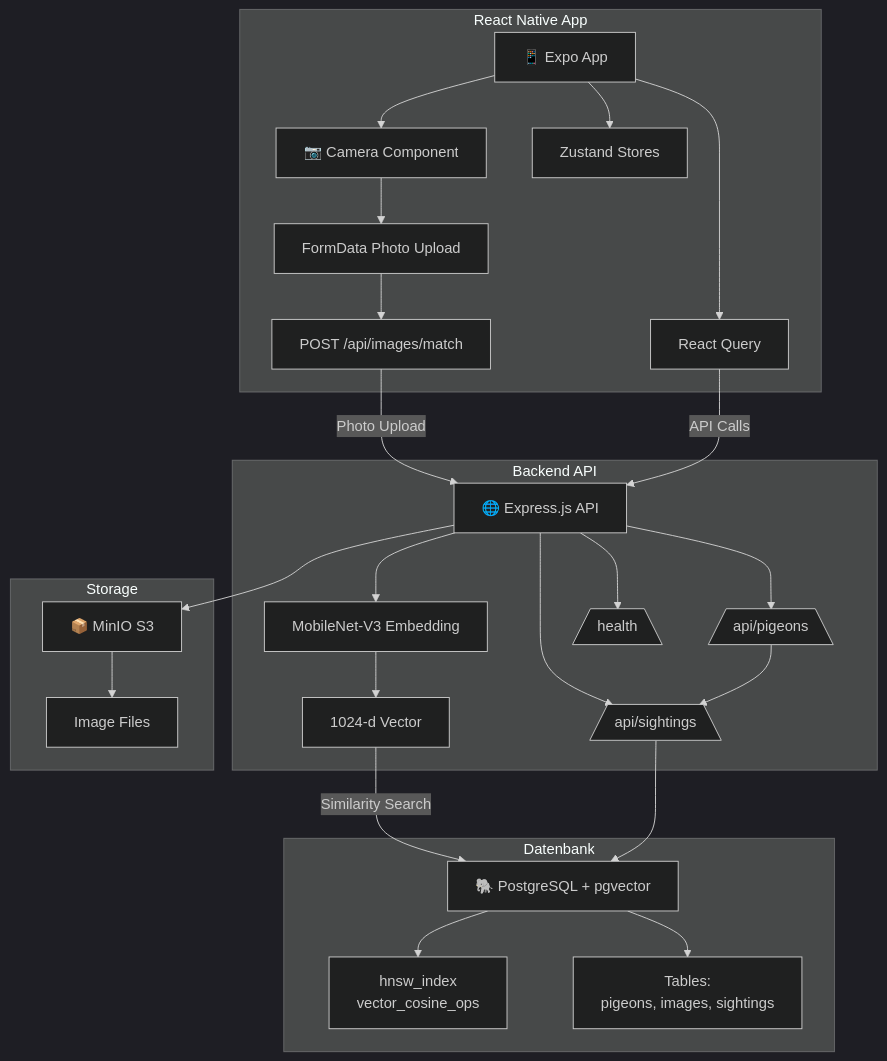
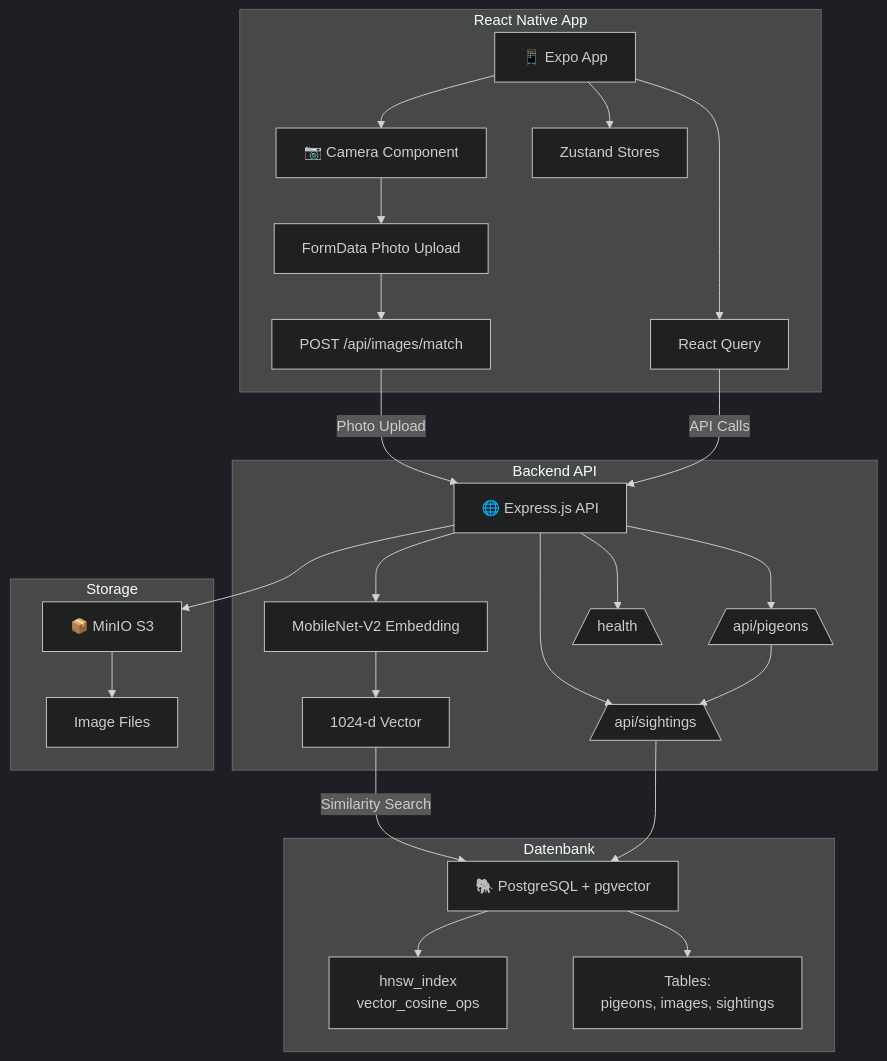
Before and after one commit to openfugjoobot/tauben-scanner: the diagram in README.md, drawn with Mermaid (dark theme). The commit also changed other lines of this file and 7 other files, not shown here.

````diff
--- a/README.md
+++ b/README.md
@@ -138,38 +138,38 @@
 ```mermaid
 graph TB
     subgraph "React Native App"
         A[📱 Expo App] --> B[📷 Camera Component]
         B --> C[FormData Photo Upload]
         C --> D[POST /api/images/match]
         A --> E[Zustand Stores]
         A --> F[React Query]
     end
     
     subgraph "Backend API"
-        G[🌐 Express.js API] --> H[MobileNet-V3 Embedding]
+        G[🌐 Express.js API] --> H[MobileNet-V2 Embedding]
         H --> I[1024-d Vector]
         G --> J[/api/pigeons\]
         G --> K[/api/sightings\]
         G --> L[/health\]
     end
     
     subgraph "Datenbank"
         M[🐘 PostgreSQL + pgvector]
         N[hnsw_index<br/>vector_cosine_ops]
         O[Tables:<br/>pigeons, images, sightings]
     end
     
     subgraph "Storage"
         P[📦 MinIO S3]
         Q[Image Files]
     end
     
     D -->|Photo Upload| G
     F -->|API Calls| G
     I -->|Similarity Search| M
     J --> K --> M
     M --> N
     M --> O
     G --> P
     P --> Q
 ```
````
